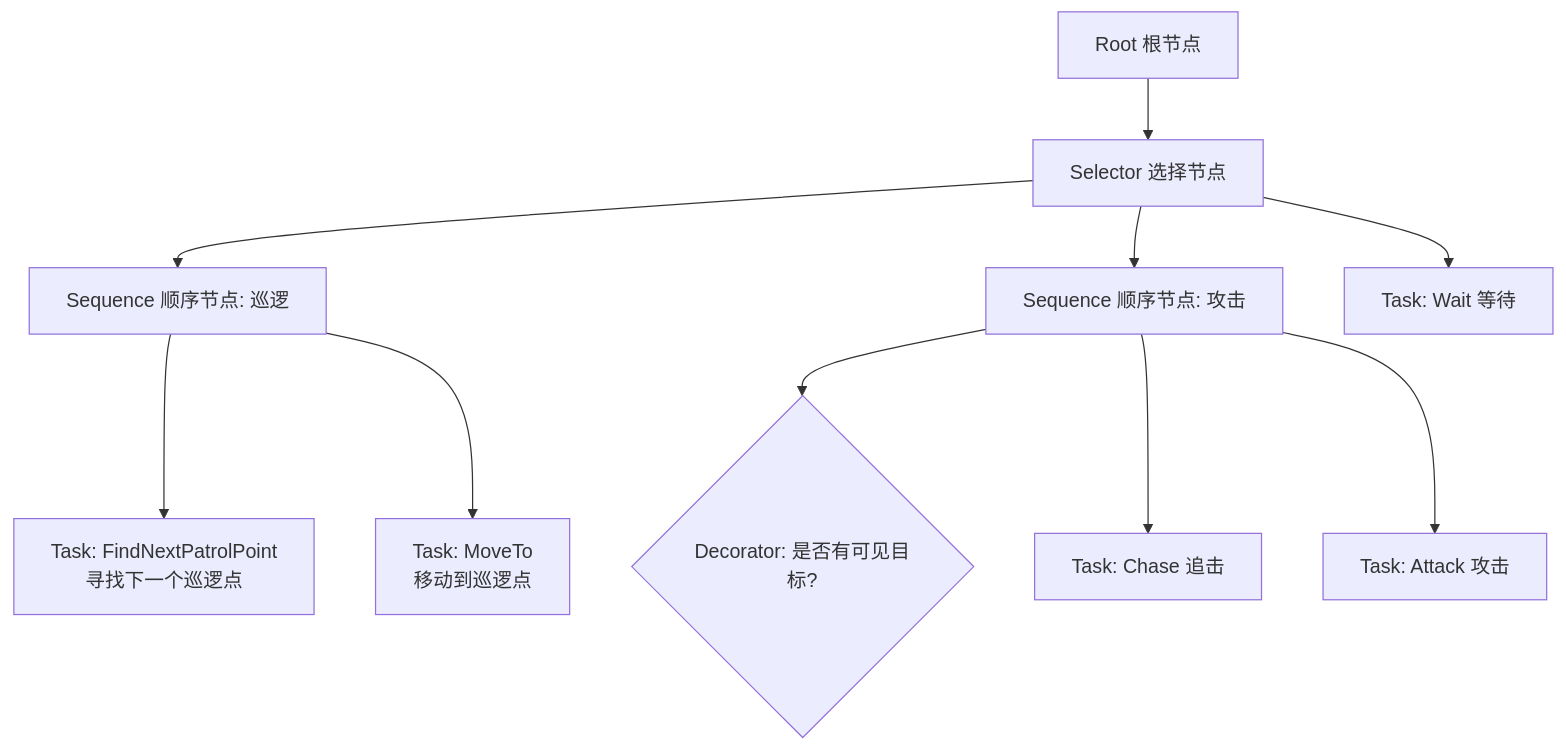
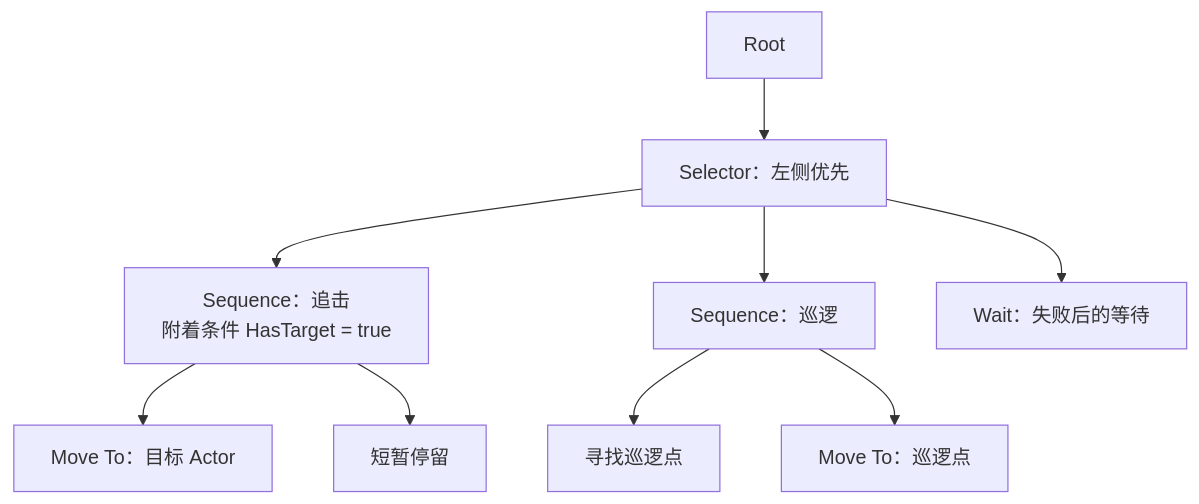
Before and after one commit to fantuan812/learning: the first of 5 diagrams in 知识/06-游戏AI/感知决策与行为规划/01-行为树详解.md, drawn with Mermaid. The commit also changed other lines of this file and 2 other files, not shown here.

````diff
--- a/知识/06-游戏AI/感知决策与行为规划/01-行为树详解.md
+++ b/知识/06-游戏AI/感知决策与行为规划/01-行为树详解.md
@@ -61,12 +62,11 @@
 ```mermaid
-graph TD
-    Root[Root 根节点] --> Selector[Selector 选择节点]
-    Selector --> Seq1[Sequence 顺序节点: 巡逻]
-    Seq1 --> T1[Task: FindNextPatrolPoint<br/>寻找下一个巡逻点]
-    Seq1 --> T2[Task: MoveTo<br/>移动到巡逻点]
-    Selector --> Seq2[Sequence 顺序节点: 攻击]
-    Seq2 --> D1{Decorator: 是否有可见目标?}
-    Seq2 --> T3[Task: Chase 追击]
-    Seq2 --> T4[Task: Attack 攻击]
-    Selector --> T5[Task: Wait 等待]
+flowchart TD
+    Root[Root] --> Select[Selector：左侧优先]
+    Select --> Chase[Sequence：追击<br/>附着条件 HasTarget = true]
+    Chase --> MoveTarget[Move To：目标 Actor]
+    Chase --> Pause[短暂停留]
+    Select --> Patrol[Sequence：巡逻]
+    Patrol --> Find[寻找巡逻点]
+    Patrol --> MovePoint[Move To：巡逻点]
+    Select --> Wait[Wait：失败后的等待]
 ```
````
